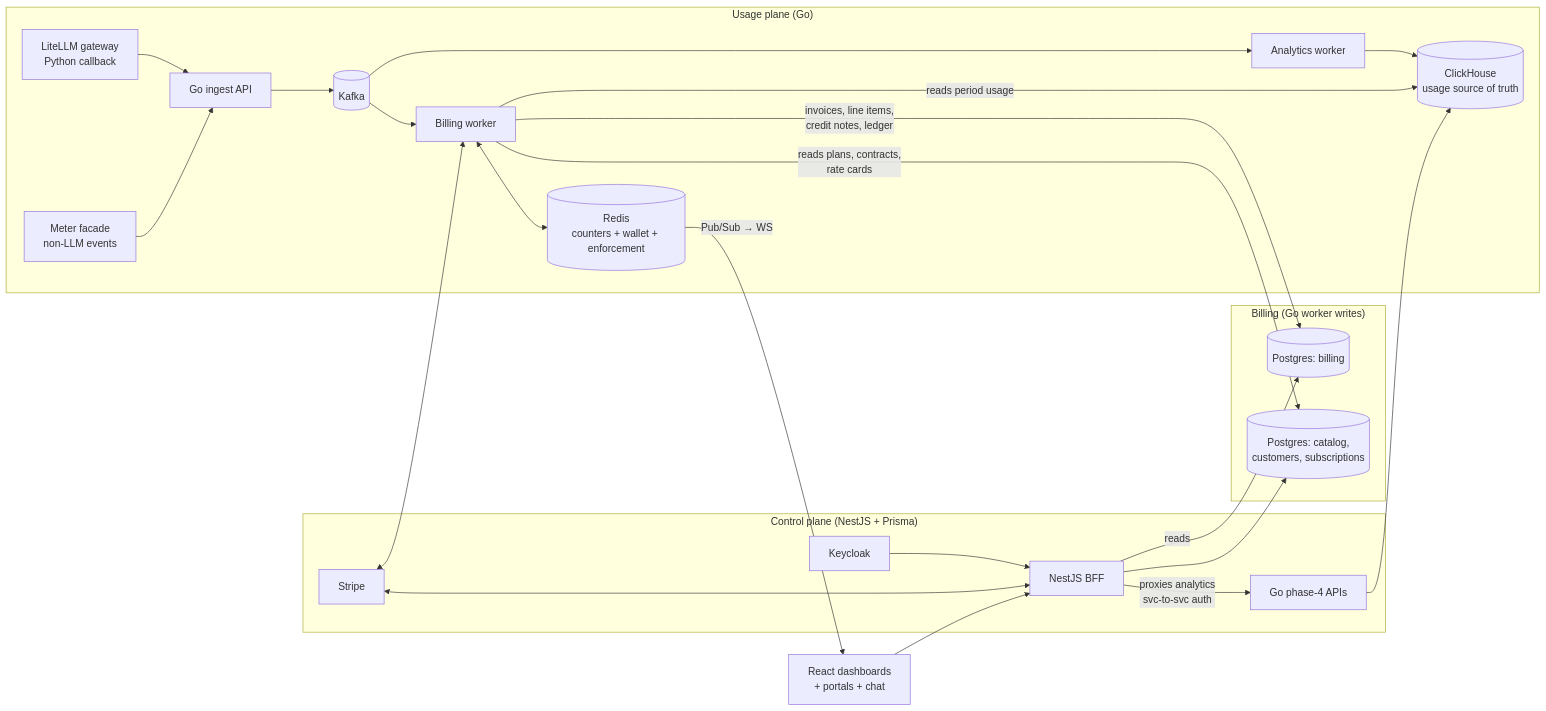
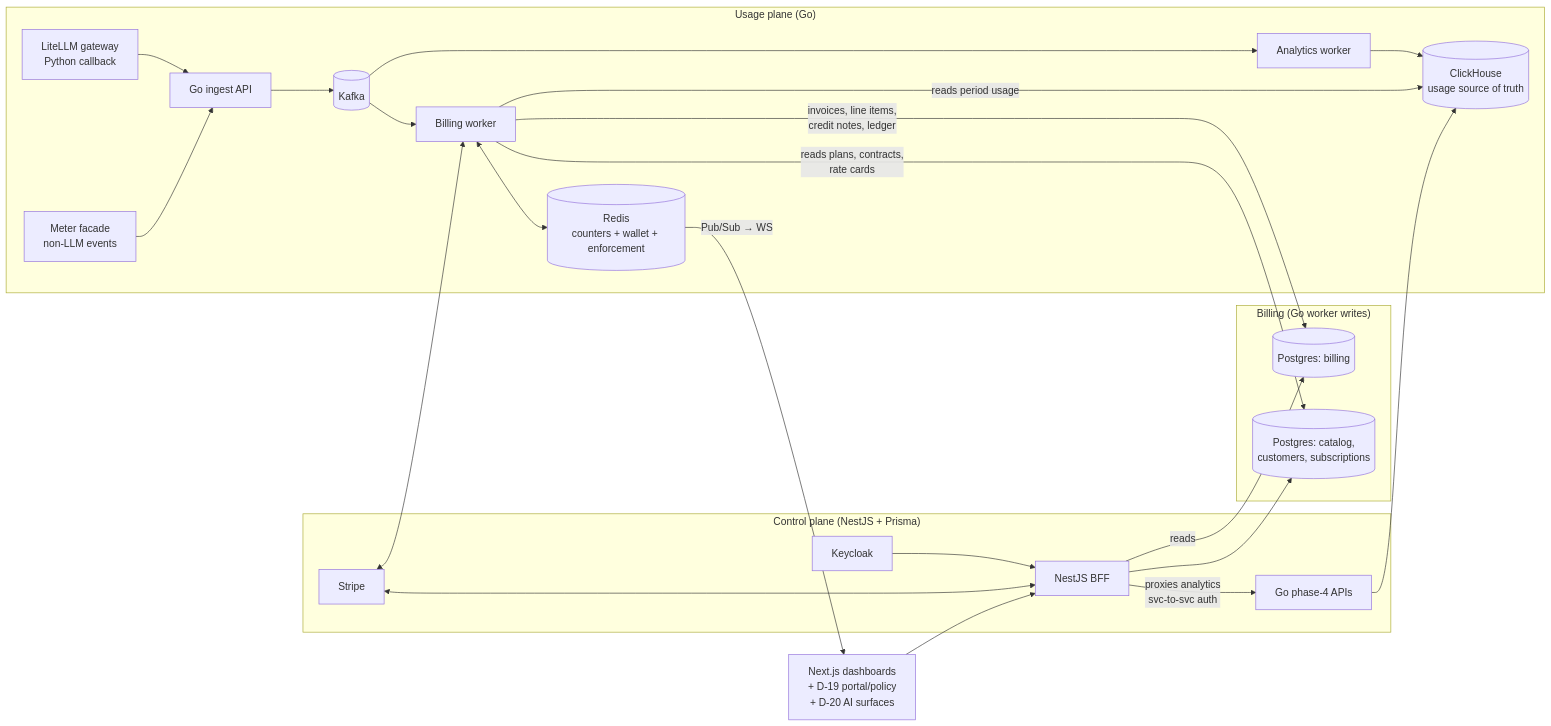
One commit to Bharathi-pente/pente-quantum-userstory changed the diagram in ARCHITECTURE_DECISION.md. Above: the diagram before and after it, drawn with Mermaid. The commit also changed other lines of this file and 24 other files, not shown here.

````diff
--- a/ARCHITECTURE_DECISION.md
+++ b/ARCHITECTURE_DECISION.md
@@ -199,29 +199,29 @@
 ```mermaid
 flowchart LR
     subgraph Ingest["Usage plane (Go)"]
         LL[LiteLLM gateway<br/>Python callback] --> IN[Go ingest API]
         MF[Meter facade<br/>non-LLM events] --> IN
         IN --> K[(Kafka)]
         K --> AW[Analytics worker] --> CH[(ClickHouse<br/>usage source of truth)]
         K --> BW[Billing worker]
         BW <--> R[(Redis<br/>counters + wallet + enforcement)]
     end
 
     subgraph Billing["Billing (Go worker writes)"]
         BW -->|invoices, line items,<br/>credit notes, ledger| PGB[(Postgres: billing)]
         BW -->|reads period usage| CH
         BW -->|reads plans, contracts,<br/>rate cards| PGC
     end
 
     subgraph Control["Control plane (NestJS + Prisma)"]
         API[NestJS BFF] --> PGC[(Postgres: catalog,<br/>customers, subscriptions)]
         API -->|reads| PGB
         API -->|proxies analytics<br/>svc-to-svc auth| P4[Go phase-4 APIs] --> CH
         KC[Keycloak] --> API
         ST[Stripe] <--> API
         ST <--> BW
     end
 
-    UI[React dashboards<br/>+ portals + chat] --> API
+    UI[Next.js dashboards<br/>+ D-19 portal/policy<br/>+ D-20 AI surfaces] --> API
     R -->|Pub/Sub → WS| UI
 ```
````
